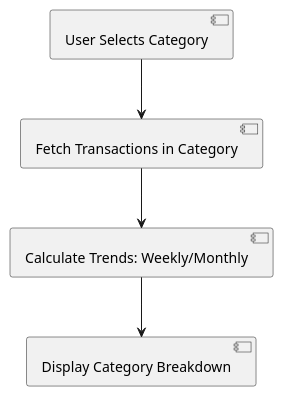
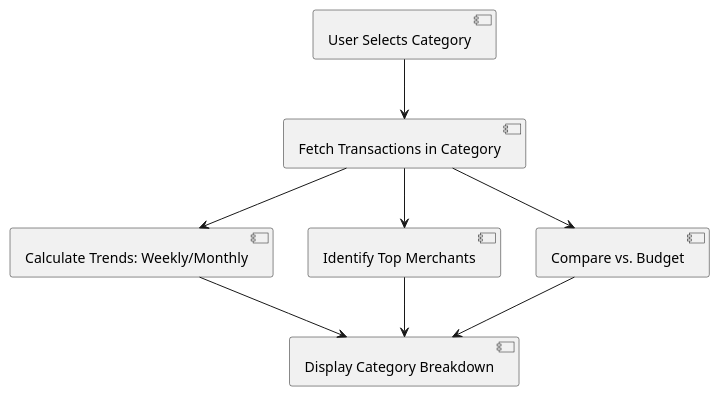
The third of 3 diagrams in docs/product-requirements.md (Osguima3/welz), drawn with PlantUML before and after one commit. The commit also changed other lines of this file and 6 other files, not shown here.

````diff
--- a/docs/product-requirements.md
+++ b/docs/product-requirements.md
@@ -150,7 +161,11 @@
 ```plantuml
 @startuml
 [User Selects Category] --> [Fetch Transactions in Category]
 [Fetch Transactions in Category] --> [Calculate Trends: Weekly/Monthly]
+[Fetch Transactions in Category] --> [Identify Top Merchants]
+[Fetch Transactions in Category] --> [Compare vs. Budget]
 [Calculate Trends: Weekly/Monthly] --> [Display Category Breakdown]
+[Identify Top Merchants] --> [Display Category Breakdown]
+[Compare vs. Budget] --> [Display Category Breakdown]
 @enduml
 ```
````
